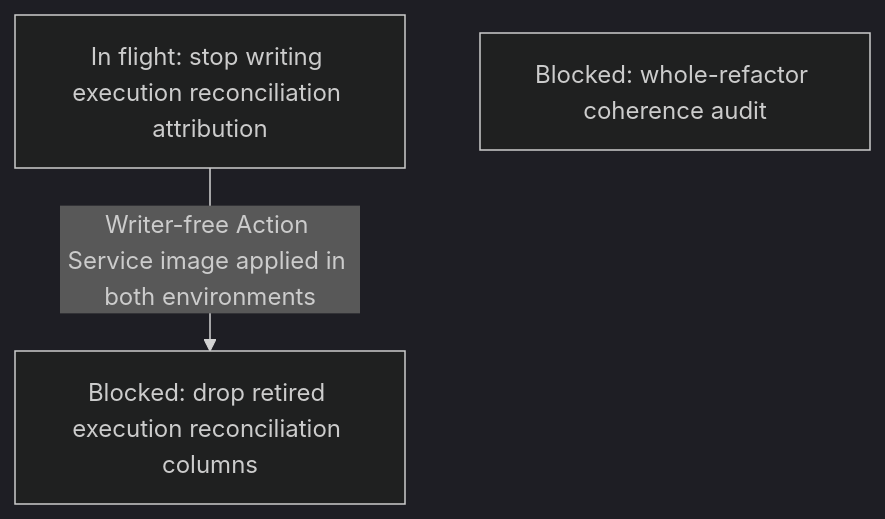
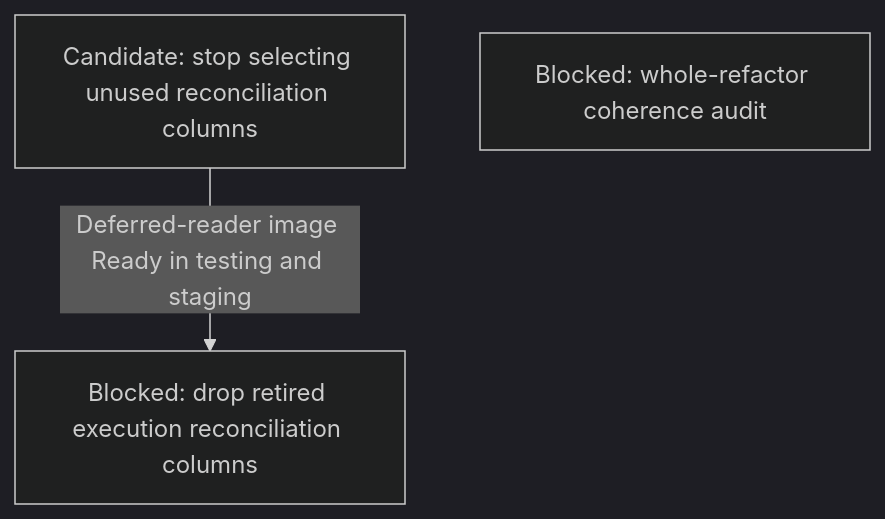
Diagram 13 of 17 in agentplane/plans/task_dag.md (agentydragon-agent/ducktape), drawn with Mermaid (dark theme) before and after one commit. The commit also changed other lines of this file and 20 other files, not shown here.

````diff
--- a/agentplane/plans/task_dag.md
+++ b/agentplane/plans/task_dag.md
@@ -1215,7 +1203,7 @@
 ```mermaid
 flowchart TD
-    ACTION_EXECUTION_AUDIT_WRITER_RETIRE[In flight: stop writing execution reconciliation attribution]
+    ACTION_EXECUTION_AUDIT_COLUMNS_READ_RETIRE[Candidate: stop selecting unused reconciliation columns]
     ACTION_EXECUTION_AUDIT_COLUMNS_DROP[Blocked: drop retired execution reconciliation columns]
-    ACTION_EXECUTION_AUDIT_WRITER_RETIRE -->|Writer-free Action Service image applied in both environments| ACTION_EXECUTION_AUDIT_COLUMNS_DROP
+    ACTION_EXECUTION_AUDIT_COLUMNS_READ_RETIRE -->|Deferred-reader image Ready in testing and staging| ACTION_EXECUTION_AUDIT_COLUMNS_DROP
     REFACTOR_COHERENCE_AUDIT[Blocked: whole-refactor coherence audit]
 ```
````
